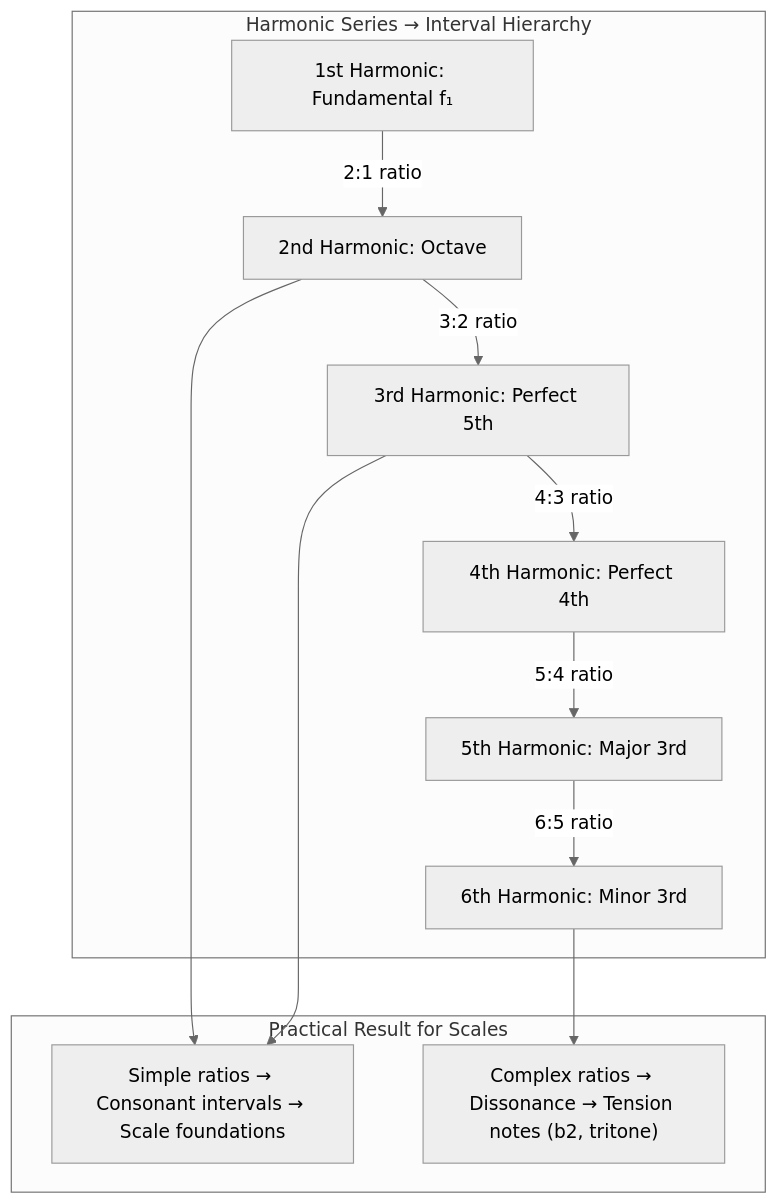
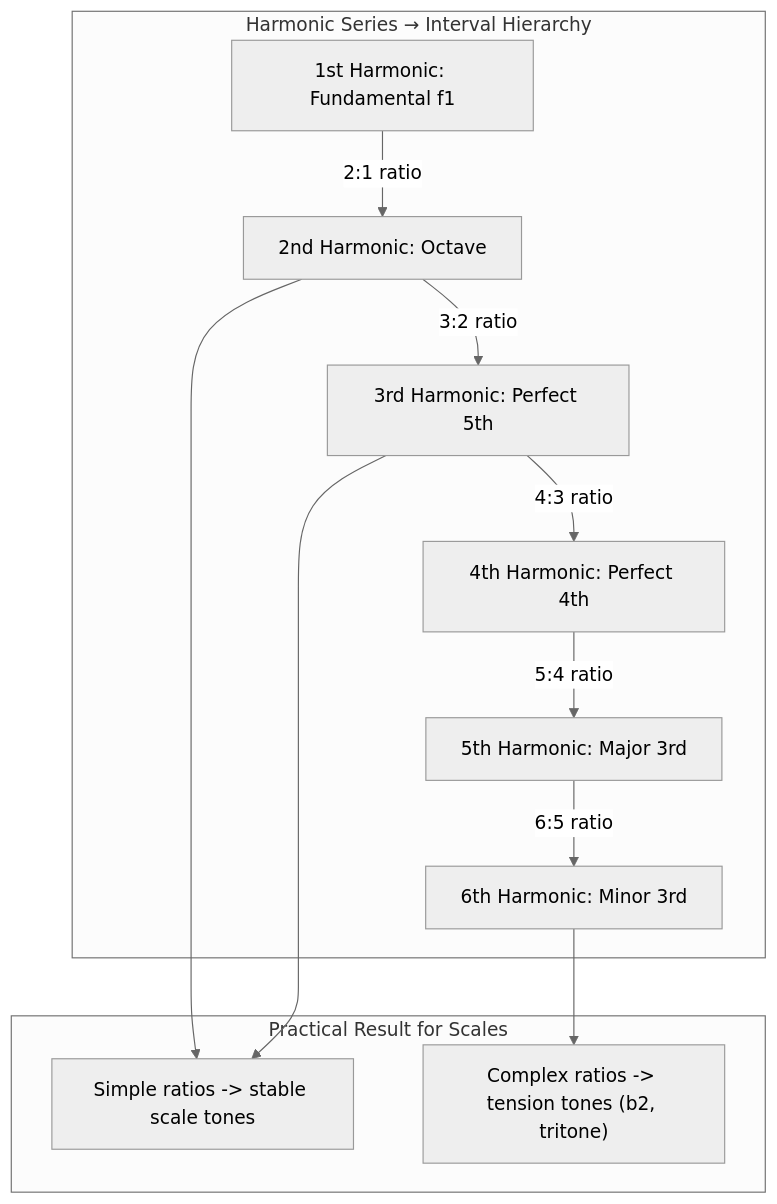
One commit to blebleblee/synapse changed the first of 6 diagrams in topics/arts/music_performance/guitar/lesson_03_scales_and_modes.md. Above: the diagram before and after it, drawn with Mermaid (neutral theme). The commit also changed other lines of this file and 2 other files, not shown here.

````diff
--- a/topics/arts/music_performance/guitar/lesson_03_scales_and_modes.md
+++ b/topics/arts/music_performance/guitar/lesson_03_scales_and_modes.md
@@ -13,19 +13,19 @@
 ```mermaid
 graph TD
     subgraph sub_harmonic_series ["Harmonic Series → Interval Hierarchy"]
-        H1["1st Harmonic: Fundamental f₁"] -->|"2:1 ratio"| H2["2nd Harmonic: Octave"]
+        H1["1st Harmonic: Fundamental f1"] -->|"2:1 ratio"| H2["2nd Harmonic: Octave"]
         H2 -->|"3:2 ratio"| H3["3rd Harmonic: Perfect 5th"]
         H3 -->|"4:3 ratio"| H4["4th Harmonic: Perfect 4th"]
         H4 -->|"5:4 ratio"| H5["5th Harmonic: Major 3rd"]
         H5 -->|"6:5 ratio"| H6["6th Harmonic: Minor 3rd"]
     end
 
     subgraph sub_practical_result ["Practical Result for Scales"]
-        R1["Simple ratios → Consonant intervals → Scale foundations"]
-        R2["Complex ratios → Dissonance → Tension notes (b2, tritone)"]
+        R1["Simple ratios -> stable scale tones"]
+        R2["Complex ratios -> tension tones (b2, tritone)"]
     end
 
     H2 --> R1
     H3 --> R1
     H6 --> R2
 ```
````
